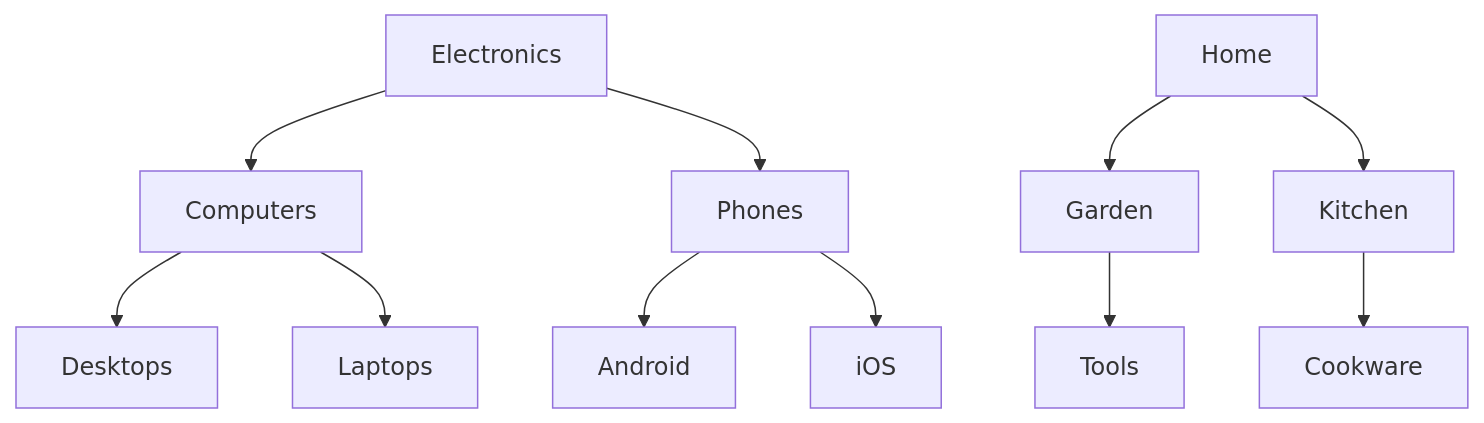
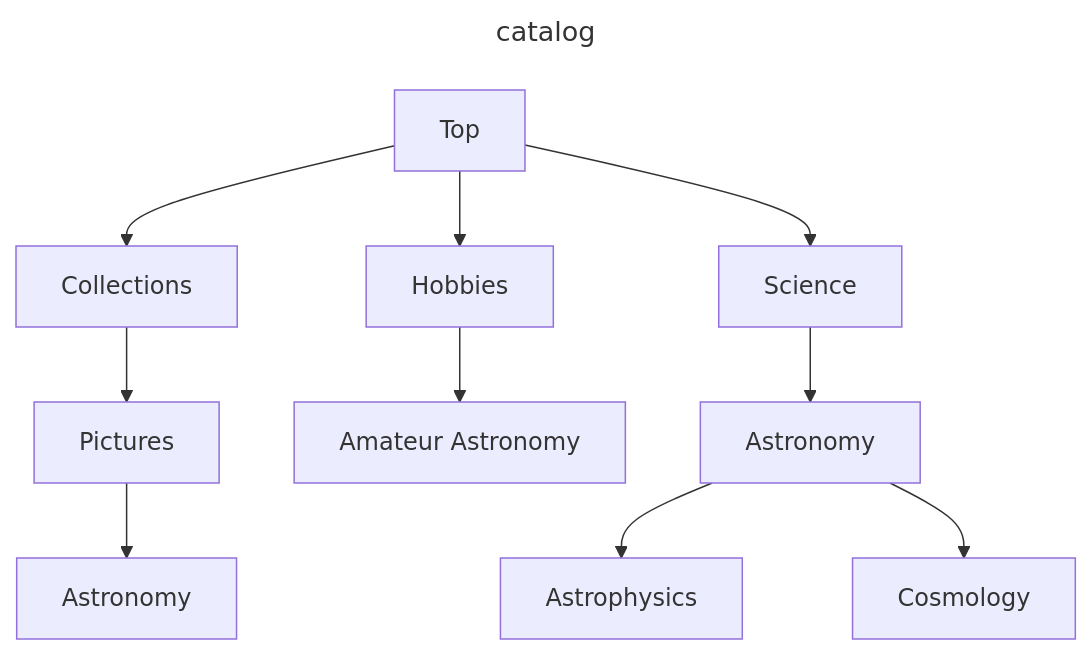
One commit to Orbasker/ltree2viz changed the first of 2 diagrams in README.md. Above: the diagram before and after it, drawn with Mermaid. The commit also changed other lines of this file and 6 other files, not shown here.

````diff
--- a/README.md
+++ b/README.md
@@ -9,25 +7,25 @@
 ```mermaid
+---
+title: "catalog"
+---
 flowchart TD
-    n0["Electronics"]
-    n1["Computers"]
-    n2["Desktops"]
-    n3["Laptops"]
-    n4["Phones"]
-    n5["Android"]
-    n6["iOS"]
-    n7["Home"]
-    n8["Garden"]
-    n9["Tools"]
-    n10["Kitchen"]
-    n11["Cookware"]
+    n0["Top"]
+    n1["Collections"]
+    n2["Pictures"]
+    n3["Astronomy"]
+    n4["Hobbies"]
+    n5["Amateur Astronomy"]
+    n6["Science"]
+    n7["Astronomy"]
+    n8["Astrophysics"]
+    n9["Cosmology"]
     n0 --> n1
     n1 --> n2
-    n1 --> n3
+    n2 --> n3
     n0 --> n4
     n4 --> n5
-    n4 --> n6
+    n0 --> n6
+    n6 --> n7
     n7 --> n8
-    n8 --> n9
-    n7 --> n10
-    n10 --> n11
+    n7 --> n9
 ```
````
